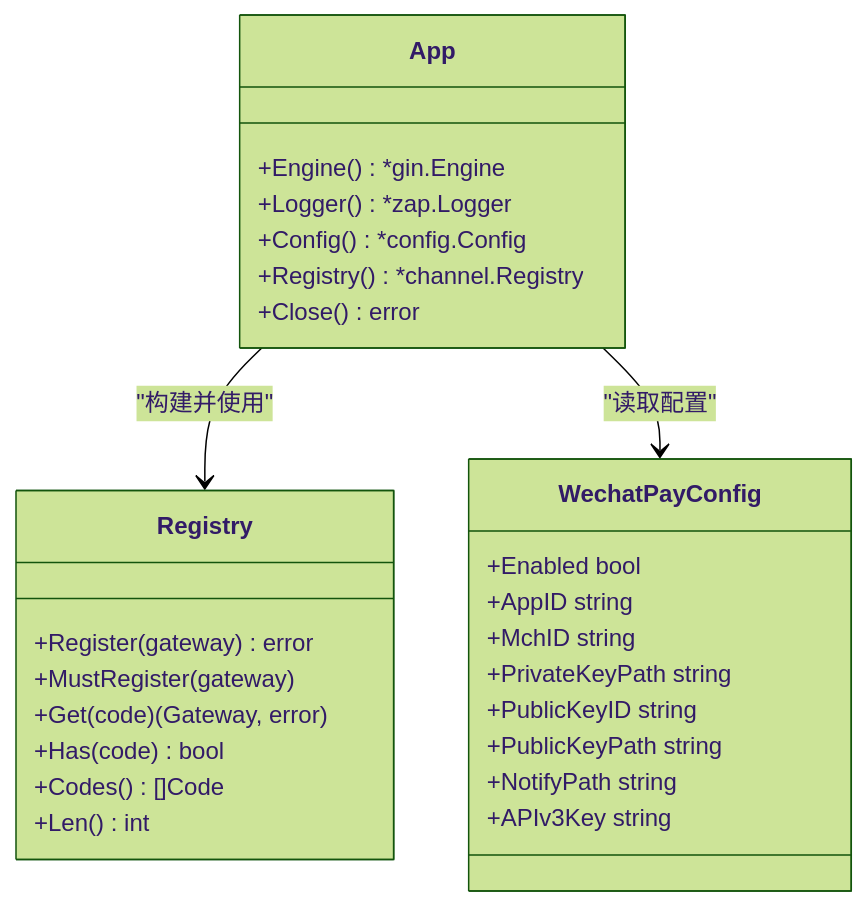
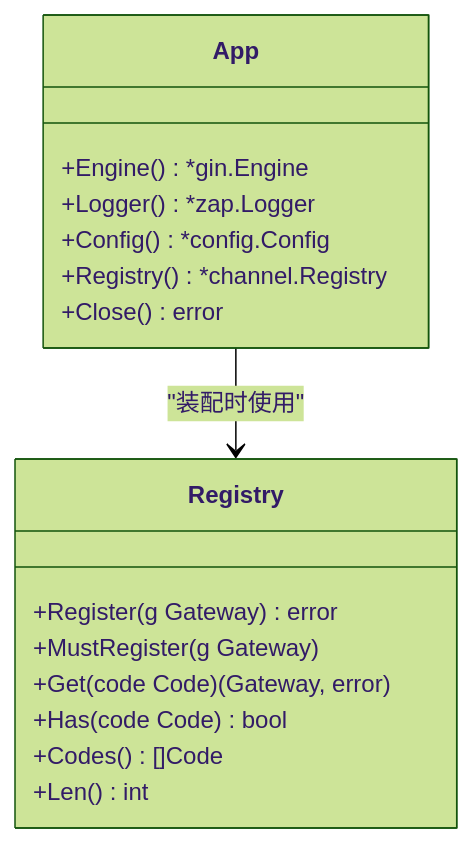
One commit to gbtdesign/payment changed the fourth of 9 diagrams in .qoder/repowiki/zh/content/开发指南.md. Above: the diagram before and after it, drawn with Mermaid (forest theme). The commit also changed other lines of this file and 107 other files, not shown here.

````diff
--- a/.qoder/repowiki/zh/content/开发指南.md
+++ b/.qoder/repowiki/zh/content/开发指南.md
@@ -192,30 +222,19 @@
 ```mermaid
 classDiagram
 class App {
 +Engine() *gin.Engine
 +Logger() *zap.Logger
 +Config() *config.Config
 +Registry() *channel.Registry
 +Close() error
 }
 class Registry {
-+Register(gateway) error
-+MustRegister(gateway)
-+Get(code) (Gateway, error)
-+Has(code) bool
++Register(g Gateway) error
++MustRegister(g Gateway)
++Get(code Code) (Gateway, error)
++Has(code Code) bool
 +Codes() []Code
 +Len() int
 }
-class WechatPayConfig {
-+Enabled bool
-+AppID string
-+MchID string
-+PrivateKeyPath string
-+PublicKeyID string
-+PublicKeyPath string
-+NotifyPath string
-+APIv3Key string
-}
-App --> Registry : "构建并使用"
-App --> WechatPayConfig : "读取配置"
+App --> Registry : "装配时使用"
 ```
````
